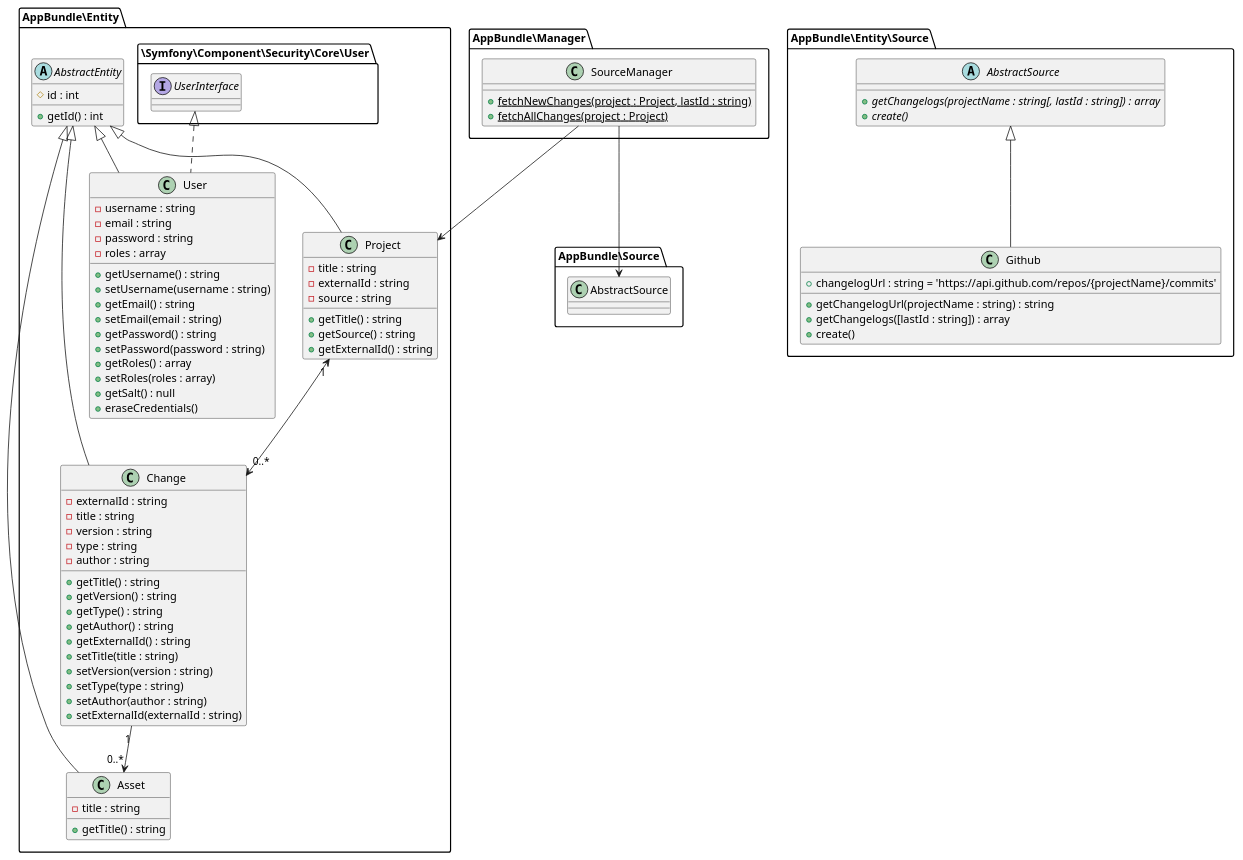
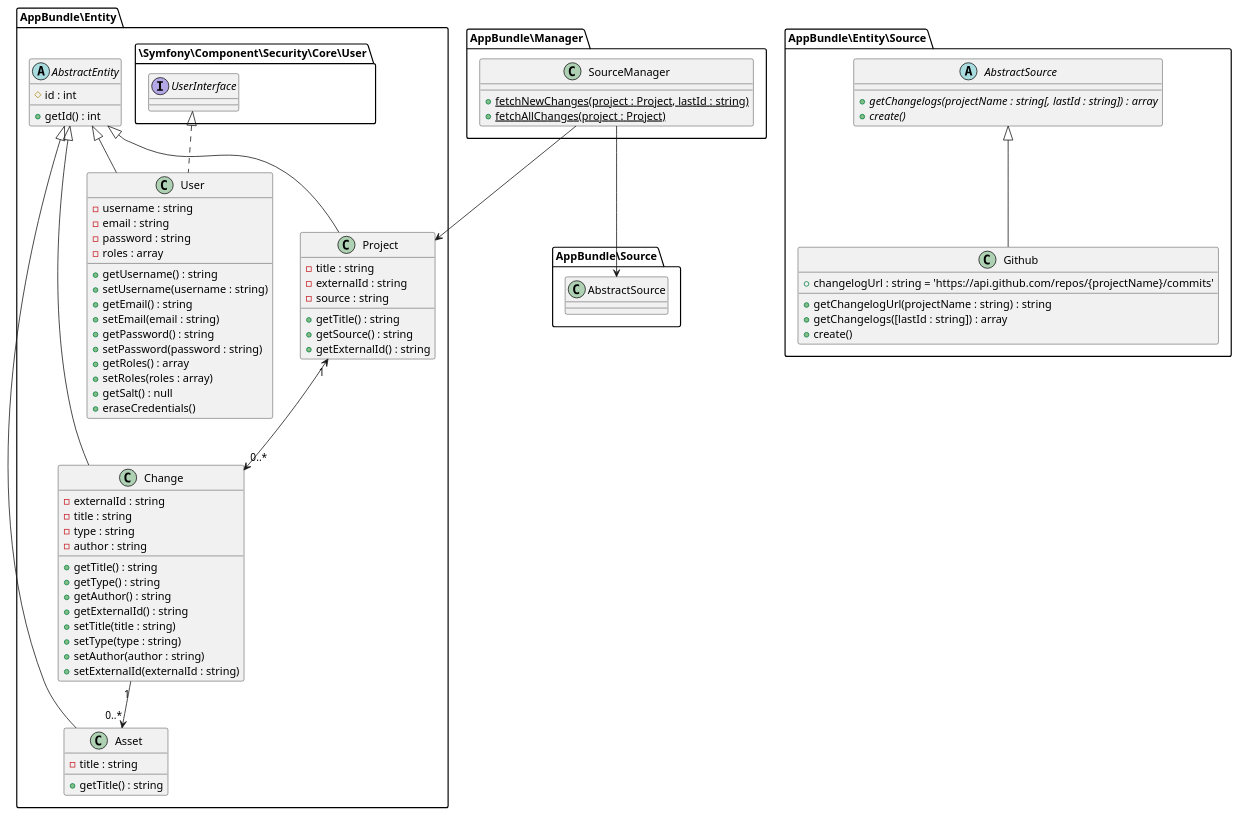
One commit to saitho/changebrowser changed the diagram in src/AppBundle/Documentation/entities.puml. Above: the diagram before and after it, drawn with PlantUML. The commit also changed 2 other files, not shown here.

Commit message:
Removes version from Change entity

```diff
--- a/src/AppBundle/Documentation/entities.puml
+++ b/src/AppBundle/Documentation/entities.puml
@@ -1,82 +1,79 @@
 @startuml
 
 AppBundle\Manager.SourceManager --> AppBundle\Entity.Project
 AppBundle\Manager.SourceManager --> AppBundle\Source.AbstractSource
 
 namespace AppBundle\Manager {
     class SourceManager {
         + {static} fetchNewChanges(project : Project, lastId : string)
         + {static} fetchAllChanges(project : Project)
     }
 }
 
 namespace AppBundle\Entity\Source {
     abstract class AbstractSource {
         {abstract} + getChangelogs(projectName : string[, lastId : string]) : array
         {abstract} + create()
     }
     class Github extends AbstractSource {
         + changelogUrl : string = 'https://api.github.com/repos/{projectName}/commits'
         + getChangelogUrl(projectName : string) : string
         + getChangelogs([lastId : string]) : array
         + create()
     }
 }
 
 namespace AppBundle\Entity {
     abstract class AbstractEntity {
         # id : int
         + getId() : int
     }
     class Asset extends AbstractEntity {
         - title : string
         + getTitle() : string
     }
     class Change extends AbstractEntity {
         - externalId : string
         - title : string
-        - version : string
         - type : string
         - author : string
         + getTitle() : string
-        + getVersion() : string
         + getType() : string
         + getAuthor() : string
         + getExternalId() : string
         + setTitle(title : string)
-        + setVersion(version : string)
         + setType(type : string)
         + setAuthor(author : string)
         + setExternalId(externalId : string)
     }
     class Project extends AbstractEntity {
         - title : string
         - externalId : string
         - source : string
         + getTitle() : string
         + getSource() : string
         + getExternalId() : string
     }
     class User extends AbstractEntity implements \Symfony\Component\Security\Core\User.UserInterface {
         - username : string
         - email : string
         - password : string
         - roles : array
         + getUsername() : string
         + setUsername(username : string)
         + getEmail() : string
         + setEmail(email : string)
         + getPassword() : string
         + setPassword(password : string)
         + getRoles() : array
         + setRoles(roles : array)
         + getSalt() : null
         + eraseCredentials()
     }
 
     Change "1" --> "0..*" Asset
     Project "1" <--> "0..*" Change
 }
 
 
 @enduml
```
